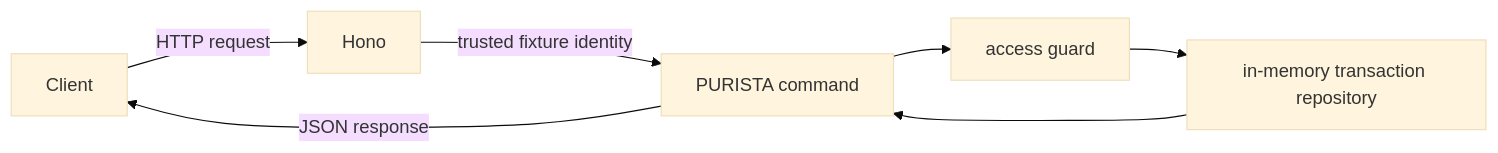
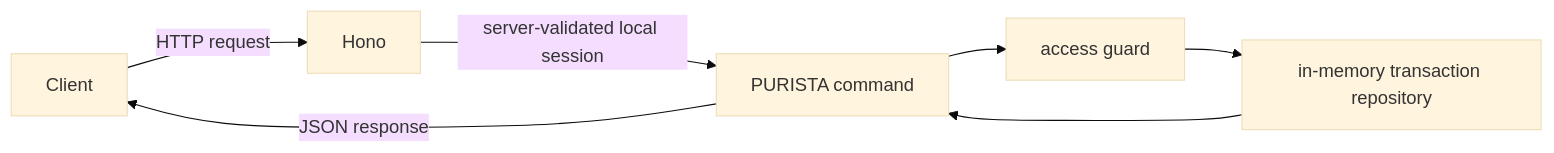
Before and after one commit to puristajs/purista: the diagram in web/src/content/tutorials/transaction-api/index.mdx, drawn with Mermaid (base theme). The commit also changed other lines of this file and 64 other files, not shown here.

````diff
--- a/web/src/content/tutorials/transaction-api/index.mdx
+++ b/web/src/content/tutorials/transaction-api/index.mdx
@@ -12,9 +12,9 @@
 ```mermaid title="Transaction request flow"
 flowchart LR
   Client -->|HTTP request| Hono[Hono]
-  Hono -->|trusted fixture identity| Command[PURISTA command]
+  Hono -->|server-validated local session| Command[PURISTA command]
   Command --> Guard[access guard]
   Guard --> Repository[in-memory transaction repository]
   Repository --> Command
   Command -->|JSON response| Client
 ```
````
